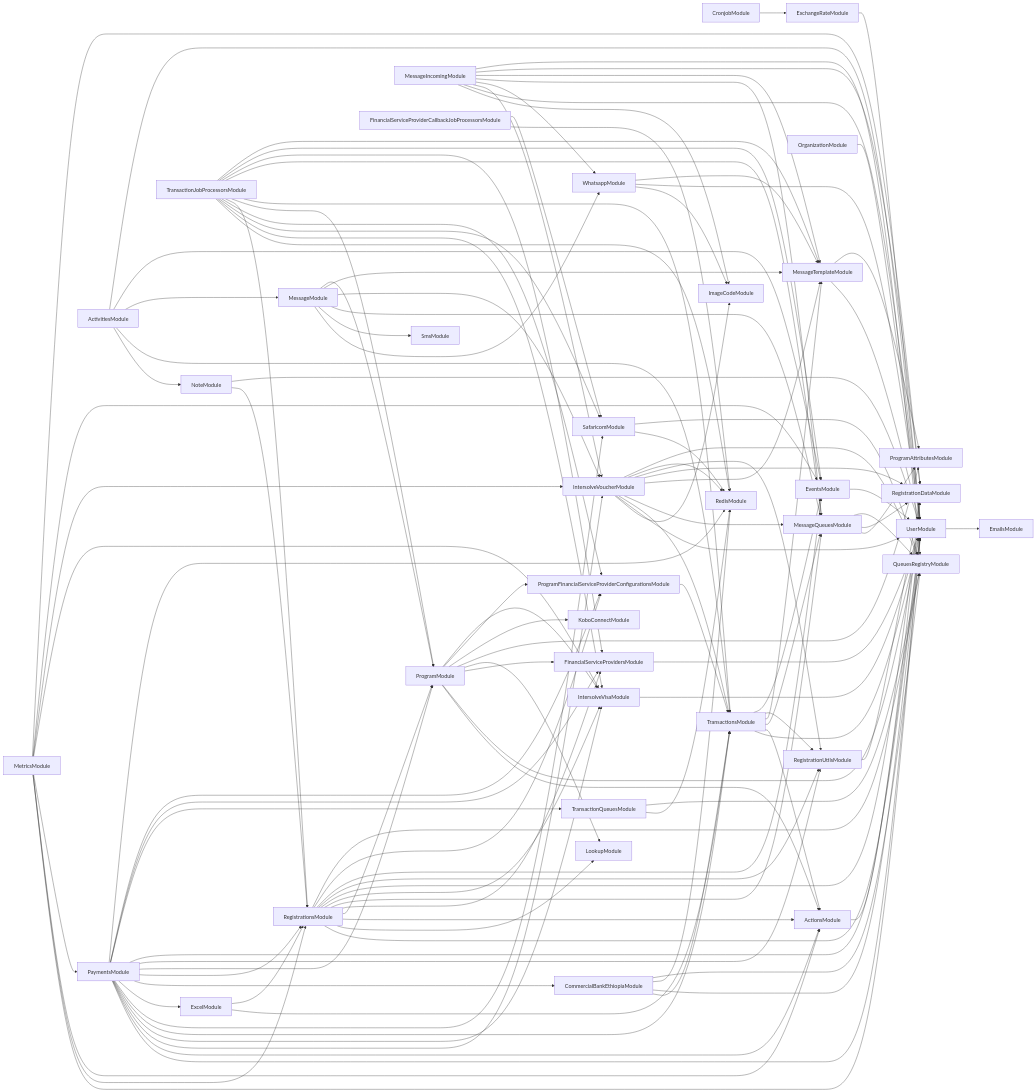
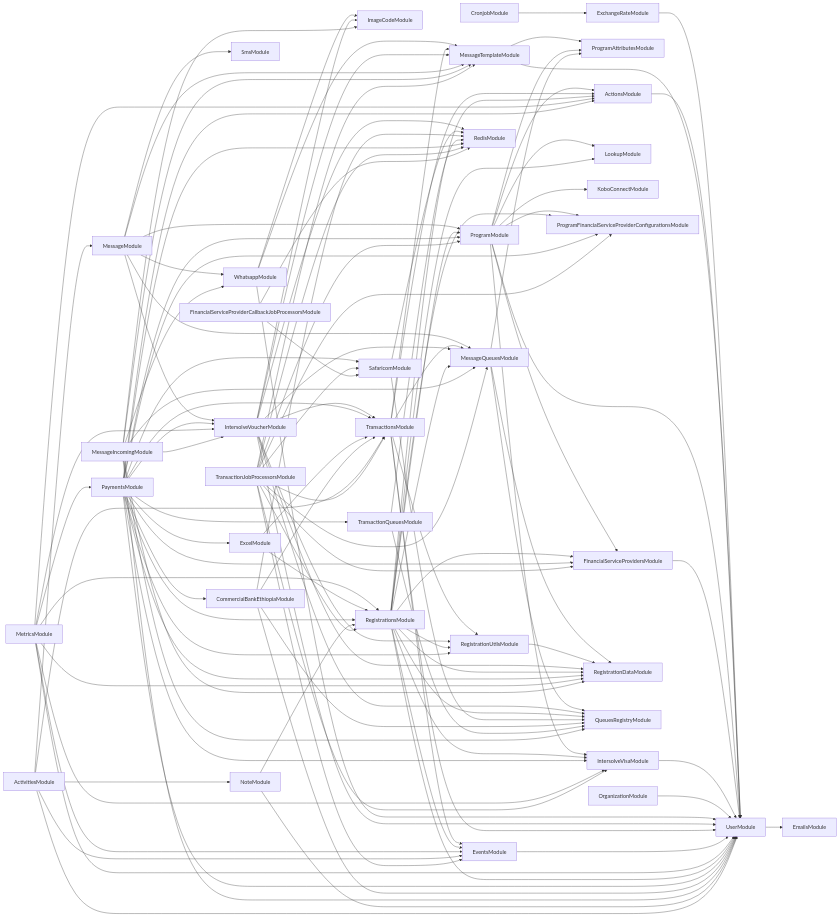
One commit to global-121/121-platform changed the diagram in services/121-service/module-dependencies.md. Above: the diagram before and after it, drawn with Mermaid. The commit also changed 6 other files, not shown here.

```diff
--- a/services/121-service/module-dependencies.md
+++ b/services/121-service/module-dependencies.md
@@ -16,18 +16,6 @@
   ProgramModule-->ProgramAttributesModule
   ProgramModule-->KoboConnectModule
   ProgramModule-->ProgramFinancialServiceProviderConfigurationsModule
-  ProgramFinancialServiceProviderConfigurationsModule-->TransactionsModule
-  TransactionsModule-->UserModule
-  TransactionsModule-->ActionsModule
-  TransactionsModule-->MessageQueuesModule
-  MessageQueuesModule-->ProgramAttributesModule
-  MessageQueuesModule-->RegistrationDataModule
-  MessageQueuesModule-->QueuesRegistryModule
-  TransactionsModule-->MessageTemplateModule
-  TransactionsModule-->RegistrationUtilsModule
-  RegistrationUtilsModule-->RegistrationDataModule
-  TransactionsModule-->EventsModule
-  EventsModule-->UserModule
   ProgramModule-->IntersolveVisaModule
   IntersolveVisaModule-->UserModule
   OrganizationModule-->UserModule
@@ -37,10 +25,21 @@
   WhatsappModule-->MessageTemplateModule
   MessageModule-->SmsModule
   MessageModule-->MessageQueuesModule
+  MessageQueuesModule-->ProgramAttributesModule
+  MessageQueuesModule-->RegistrationDataModule
+  MessageQueuesModule-->QueuesRegistryModule
   MessageModule-->IntersolveVoucherModule
   IntersolveVoucherModule-->ImageCodeModule
   IntersolveVoucherModule-->UserModule
   IntersolveVoucherModule-->TransactionsModule
+  TransactionsModule-->UserModule
+  TransactionsModule-->ActionsModule
+  TransactionsModule-->MessageQueuesModule
+  TransactionsModule-->MessageTemplateModule
+  TransactionsModule-->RegistrationUtilsModule
+  RegistrationUtilsModule-->RegistrationDataModule
+  TransactionsModule-->EventsModule
+  EventsModule-->UserModule
   IntersolveVoucherModule-->MessageQueuesModule
   IntersolveVoucherModule-->MessageTemplateModule
   IntersolveVoucherModule-->RegistrationDataModule
```
